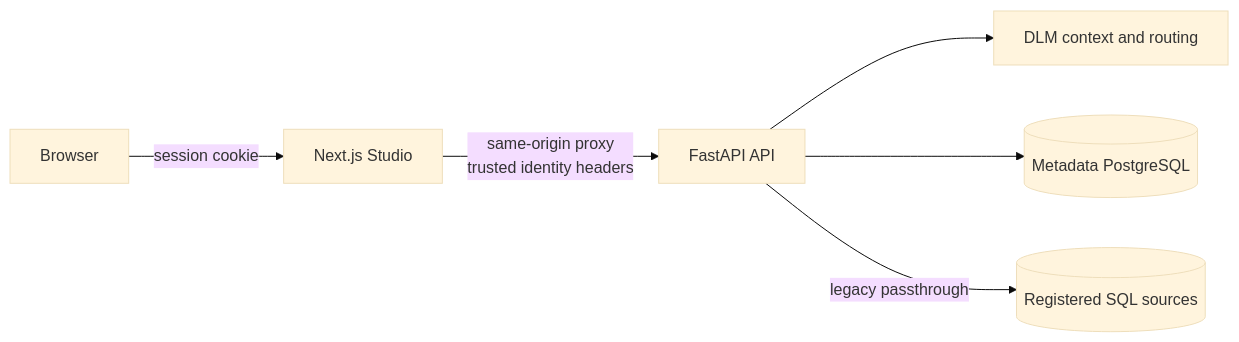
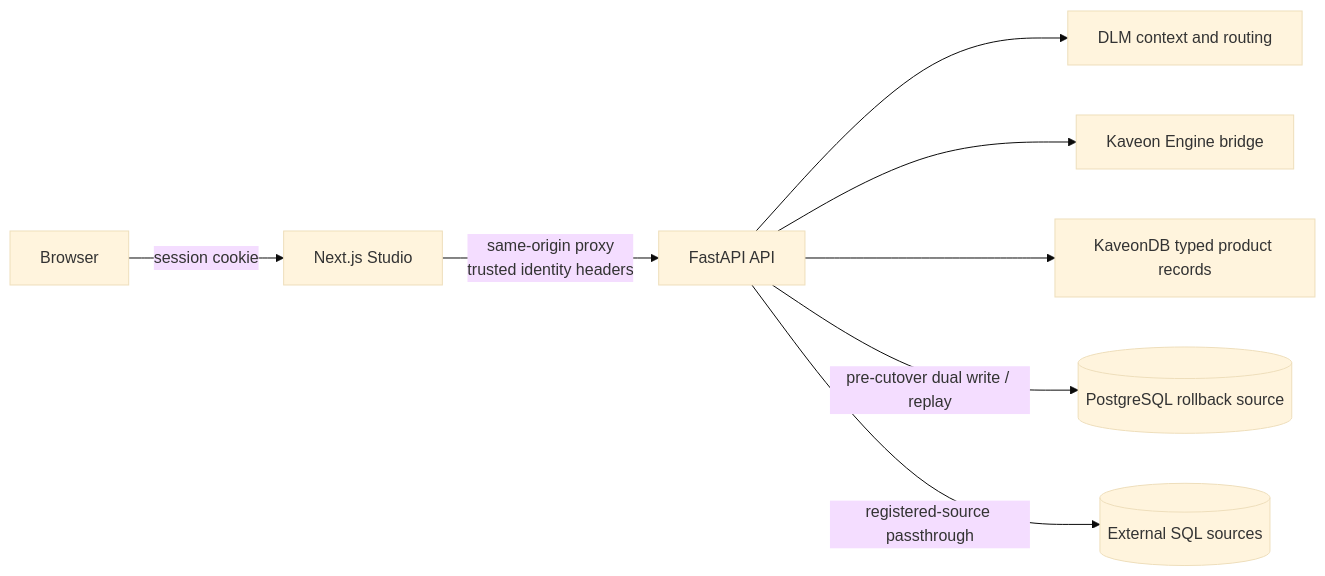
One commit to PruthviProdduturi/Kaveon changed the first of 4 diagrams in ARCHITECTURE.md. Above: the diagram before and after it, drawn with Mermaid (base theme). The commit also changed other lines of this file and 6 other files, not shown here.

Commit message:
docs: reconcile PostgreSQL retirement boundary

````diff
--- a/ARCHITECTURE.md
+++ b/ARCHITECTURE.md
@@ -52,8 +55,10 @@
 ```mermaid
 flowchart LR
     Browser[Browser] -->|session cookie| Studio[Next.js Studio]
     Studio -->|same-origin proxy\ntrusted identity headers| API[FastAPI API]
     API --> DLM[DLM context and routing]
-    API --> Metadata[(Metadata PostgreSQL)]
-    API -->|legacy passthrough| SQL[(Registered SQL sources)]
+    API --> Engine[Kaveon Engine bridge]
+    API --> Tx[KaveonDB typed product records]
+    API -->|pre-cutover dual write / replay| Metadata[(PostgreSQL rollback source)]
+    API -->|registered-source passthrough| SQL[(External SQL sources)]
 ```
````
